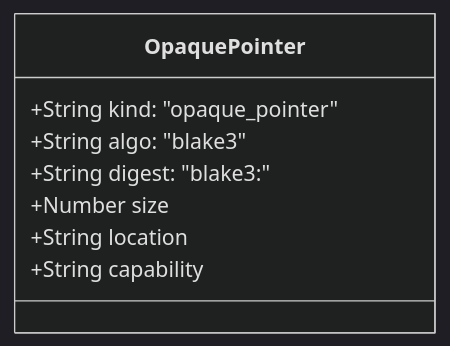
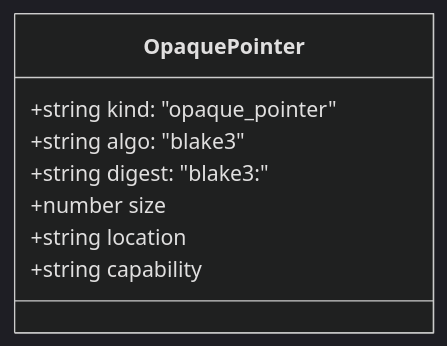
The second of 4 diagrams in docs/decisions/ADR-0004/DECISION.md (flyingrobots/gatos), drawn with Mermaid (dark theme) before and after one commit.

Commit message:
docs: Correct type casing in ADR-0004 OpaquePointer diagram

````diff
--- a/docs/decisions/ADR-0004/DECISION.md
+++ b/docs/decisions/ADR-0004/DECISION.md
@@ -90,11 +90,11 @@
 ```mermaid
 classDiagram
     class OpaquePointer {
-        +String kind: "opaque_pointer"
-        +String algo: "blake3"
-        +String digest: "blake3:<hex>"
-        +Number size
-        +String location
-        +String capability
+        +string kind: "opaque_pointer"
+        +string algo: "blake3"
+        +string digest: "blake3:<hex>"
+        +number size
+        +string location
+        +string capability
     }
 ```
````
